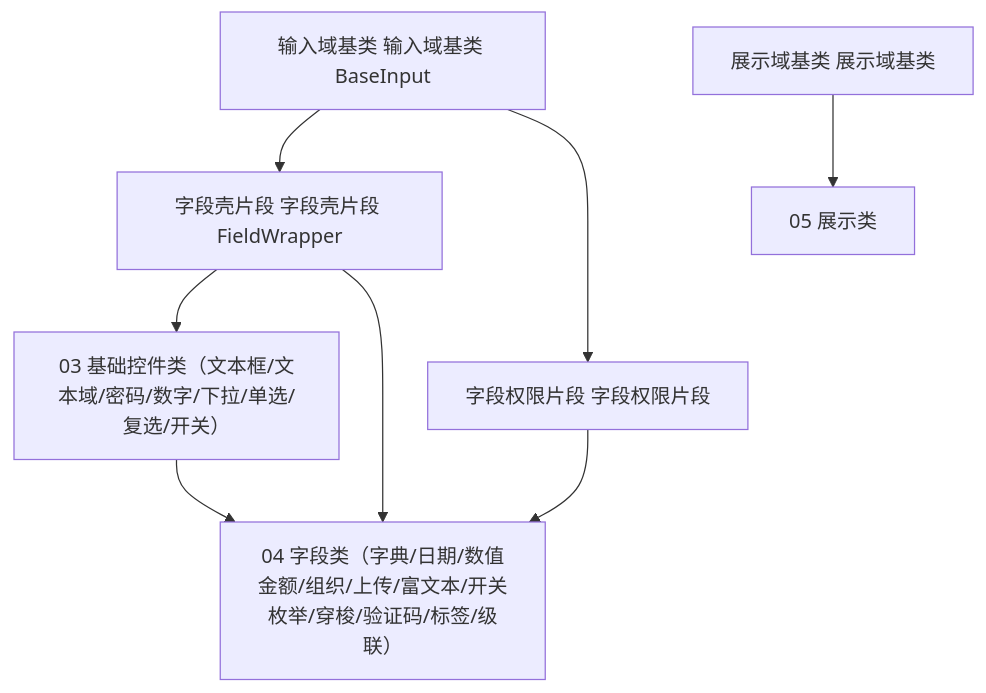
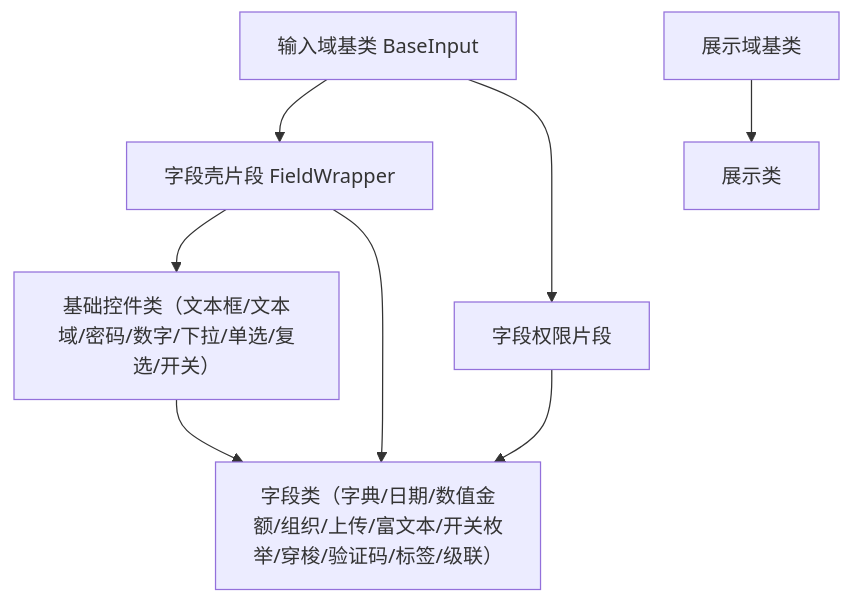
One commit to minjian123/basic-management-system changed the diagram in bms文档/设计/组件设计/02_基础组件类/03_域基类/01_组件设计_输入域基类/01_组件设计_输入域基类.md. Above: the diagram before and after it, drawn with Mermaid. The commit also changed other lines of this file and 91 other files, not shown here.

Commit message:
docs(组件库): 组件设计正文编号引用清理（改为名称定位，保留目录与路线图编号）

````diff
--- a/bms文档/设计/组件设计/02_基础组件类/03_域基类/01_组件设计_输入域基类/01_组件设计_输入域基类.md
+++ b/bms文档/设计/组件设计/02_基础组件类/03_域基类/01_组件设计_输入域基类/01_组件设计_输入域基类.md
@@ -15,10 +15,10 @@
 ```mermaid
 flowchart TD
-    B["输入域基类 输入域基类 BaseInput"] --> W["字段壳片段 字段壳片段 FieldWrapper"]
-    B --> P["字段权限片段 字段权限片段"]
-    W --> C["03 基础控件类（文本框/文本域/密码/数字/下拉/单选/复选/开关）"]
-    C --> F["04 字段类（字典/日期/数值金额/组织/上传/富文本/开关枚举/穿梭/验证码/标签/级联）"]
+    B["输入域基类 BaseInput"] --> W["字段壳片段 FieldWrapper"]
+    B --> P["字段权限片段"]
+    W --> C["基础控件类（文本框/文本域/密码/数字/下拉/单选/复选/开关）"]
+    C --> F["字段类（字典/日期/数值金额/组织/上传/富文本/开关枚举/穿梭/验证码/标签/级联）"]
     P --> F
     W --> F
-    D["展示域基类 展示域基类"] --> G["05 展示类"]
+    D["展示域基类"] --> G["展示类"]
 ```
````
